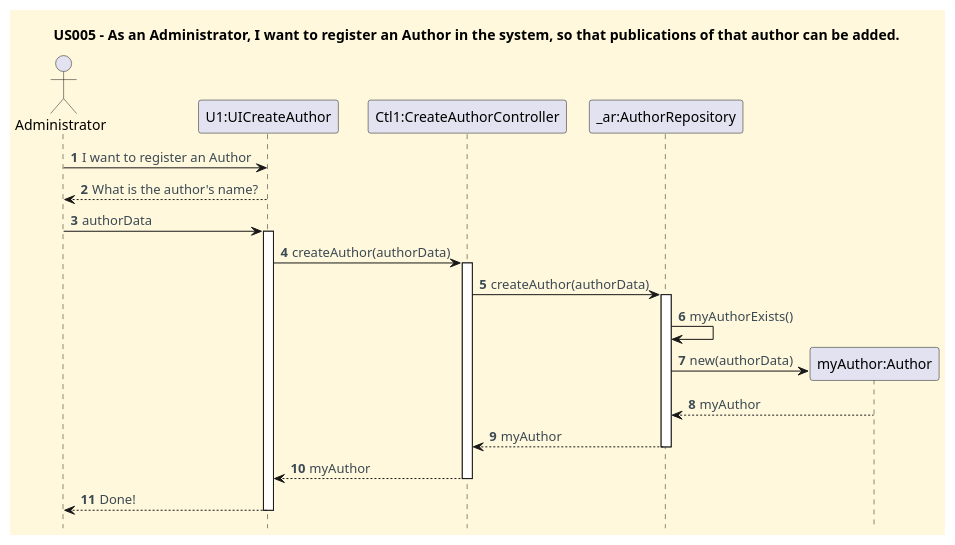
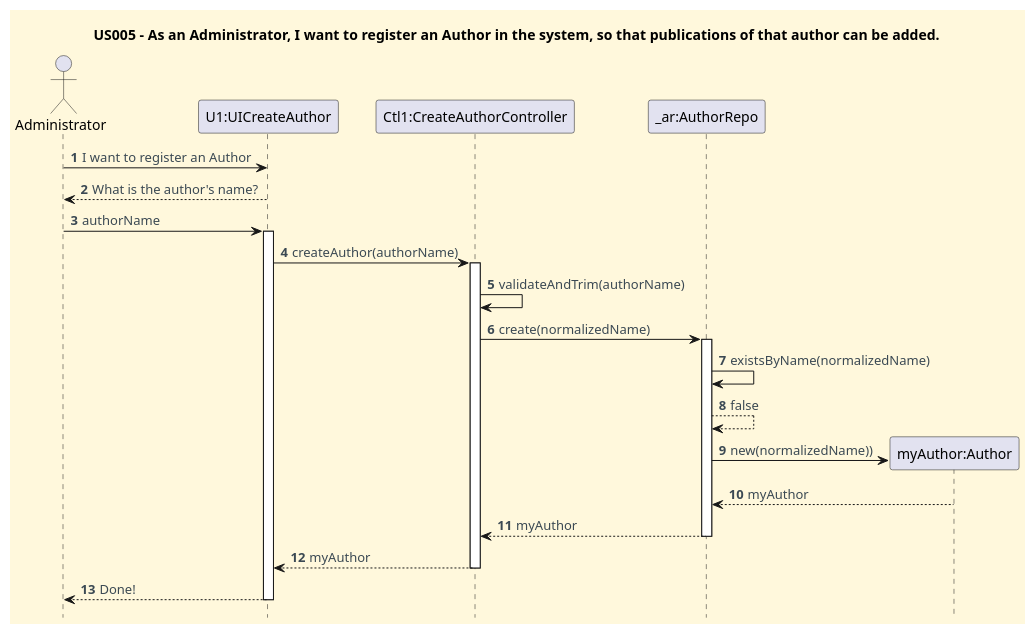
Before and after one commit to CarolinaLeite-collab/JavaMarketplacePlatform: the diagram in docs/userStories/US005/US005_to_register_an_author_SD.puml, drawn with PlantUML.

Commit message:
Resolves #130: Updated Sequence Diagram for US005

```diff
--- a/docs/userStories/US005/US005_to_register_an_author_SD.puml
+++ b/docs/userStories/US005/US005_to_register_an_author_SD.puml
@@ -1,46 +1,49 @@
 @startuml
 title US005 - As an Administrator, I want to register an Author in the system, so that publications of that author can be added.
 hidefootbox
 
 skinparam monochrome false
 skinparam shadowing false
 skinparam defaultFontName Futura
 skinparam objectFontSize 20
 skinparam backgroundColor CornSilk
 skinparam objectBackgroundColor WhiteSmoke
 skinparam noteBackgroundColor #FFFFE0
 skinparam ArrowFontColor #3B4953
 skinparam ActivationBackgroundColor black
 
 autonumber
 autoactivate off
 
 actor Administrator
 
 
 Administrator -> "U1:UICreateAuthor": I want to register an Author
 "U1:UICreateAuthor" --> Administrator: What is the author's name?
 
-Administrator -> "U1:UICreateAuthor": authorData
+Administrator -> "U1:UICreateAuthor": authorName
 activate "U1:UICreateAuthor"
 
-"U1:UICreateAuthor" -> "Ctl1:CreateAuthorController": createAuthor(authorData)
+"U1:UICreateAuthor" -> "Ctl1:CreateAuthorController": createAuthor(authorName)
+
 activate "Ctl1:CreateAuthorController"
-"Ctl1:CreateAuthorController"-> "_ar:AuthorRepository": createAuthor(authorData)
+"Ctl1:CreateAuthorController" -> "Ctl1:CreateAuthorController": validateAndTrim(authorName)
+"Ctl1:CreateAuthorController"-> "_ar:AuthorRepo": create(normalizedName)
 
-activate "_ar:AuthorRepository"
-"_ar:AuthorRepository" -> "_ar:AuthorRepository": myAuthorExists()
+activate "_ar:AuthorRepo"
+"_ar:AuthorRepo" -> "_ar:AuthorRepo": existsByName(normalizedName)
+"_ar:AuthorRepo" --> "_ar:AuthorRepo": false
 
 create "myAuthor:Author"
-"_ar:AuthorRepository" -> "myAuthor:Author": new(authorData)
-"myAuthor:Author" --> "_ar:AuthorRepository": myAuthor
-"_ar:AuthorRepository" --> "Ctl1:CreateAuthorController": myAuthor
-deactivate "_ar:AuthorRepository"
+"_ar:AuthorRepo" -> "myAuthor:Author": new(normalizedName))
+"myAuthor:Author" --> "_ar:AuthorRepo": myAuthor
+"_ar:AuthorRepo" --> "Ctl1:CreateAuthorController": myAuthor
+deactivate "_ar:AuthorRepo"
 
 "Ctl1:CreateAuthorController" --> "U1:UICreateAuthor": myAuthor
 deactivate "Ctl1:CreateAuthorController"
 
 "U1:UICreateAuthor" --> Administrator: Done!
 deactivate "U1:UICreateAuthor"
 
 @enduml
```
